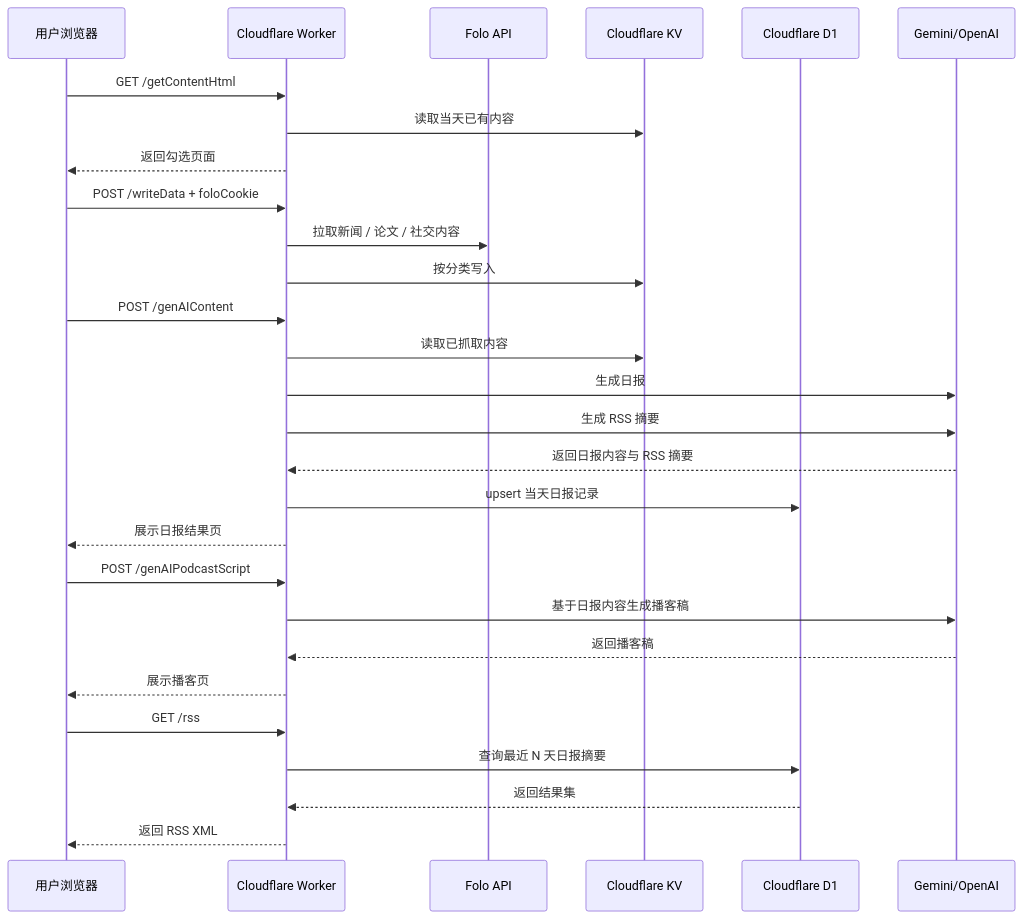
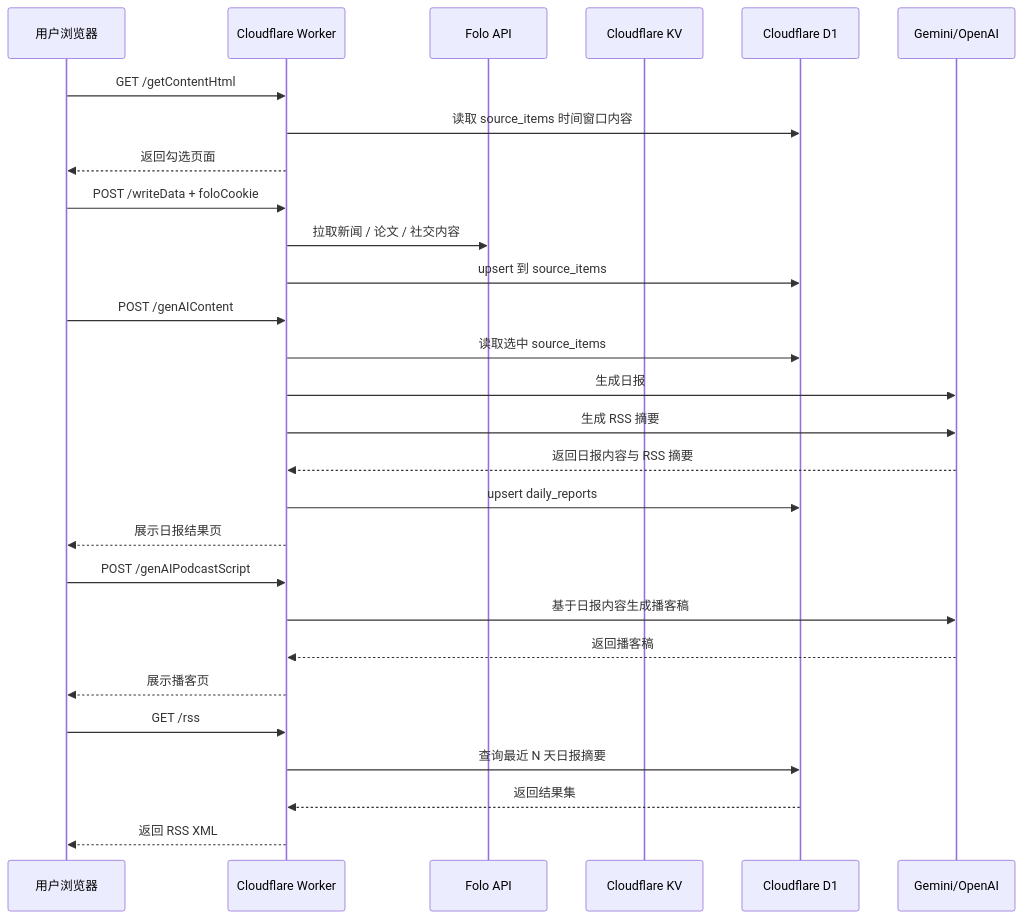
Before and after one commit to wenson/CloudFlare-AI-Insight-Daily: the second of 2 diagrams in docs/DATA_FLOW.md, drawn with Mermaid. The commit also changed other lines of this file and 23 other files, not shown here.

````diff
--- a/docs/DATA_FLOW.md
+++ b/docs/DATA_FLOW.md
@@ -68,35 +68,35 @@
 ```mermaid
 sequenceDiagram
     participant User as 用户浏览器
     participant Worker as Cloudflare Worker
     participant Folo as Folo API
     participant KV as Cloudflare KV
     participant D1 as Cloudflare D1
     participant AI as Gemini/OpenAI
 
     User->>Worker: GET /getContentHtml
-    Worker->>KV: 读取当天已有内容
+    Worker->>D1: 读取 source_items 时间窗口内容
     Worker-->>User: 返回勾选页面
 
     User->>Worker: POST /writeData + foloCookie
     Worker->>Folo: 拉取新闻 / 论文 / 社交内容
-    Worker->>KV: 按分类写入
+    Worker->>D1: upsert 到 source_items
 
     User->>Worker: POST /genAIContent
-    Worker->>KV: 读取已抓取内容
+    Worker->>D1: 读取选中 source_items
     Worker->>AI: 生成日报
     Worker->>AI: 生成 RSS 摘要
     AI-->>Worker: 返回日报内容与 RSS 摘要
-    Worker->>D1: upsert 当天日报记录
+    Worker->>D1: upsert daily_reports
     Worker-->>User: 展示日报结果页
 
     User->>Worker: POST /genAIPodcastScript
     Worker->>AI: 基于日报内容生成播客稿
     AI-->>Worker: 返回播客稿
     Worker-->>User: 展示播客页
 
     User->>Worker: GET /rss
     Worker->>D1: 查询最近 N 天日报摘要
     D1-->>Worker: 返回结果集
     Worker-->>User: 返回 RSS XML
 ```
````
